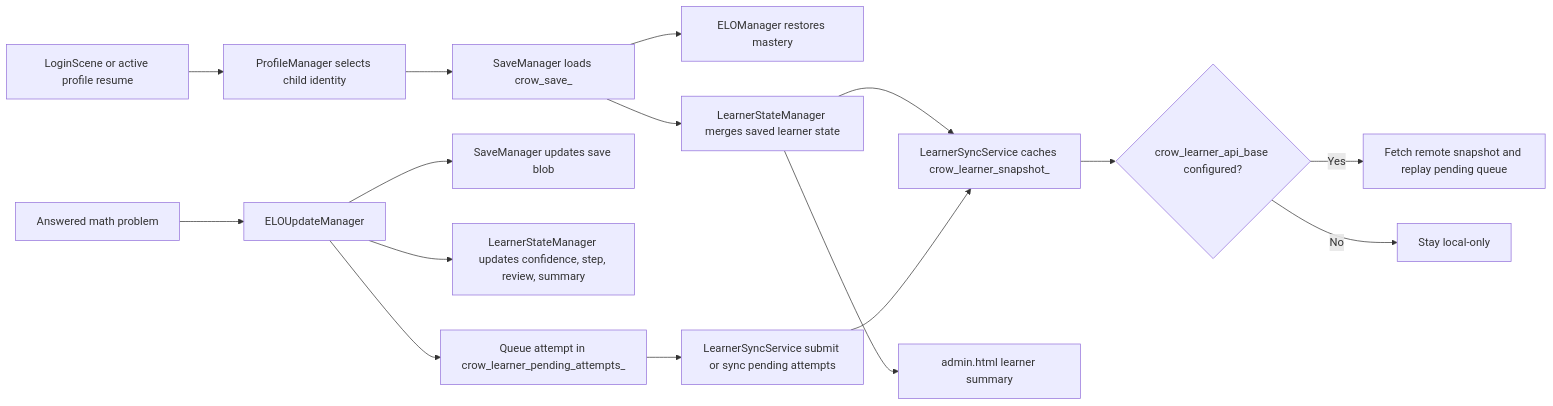
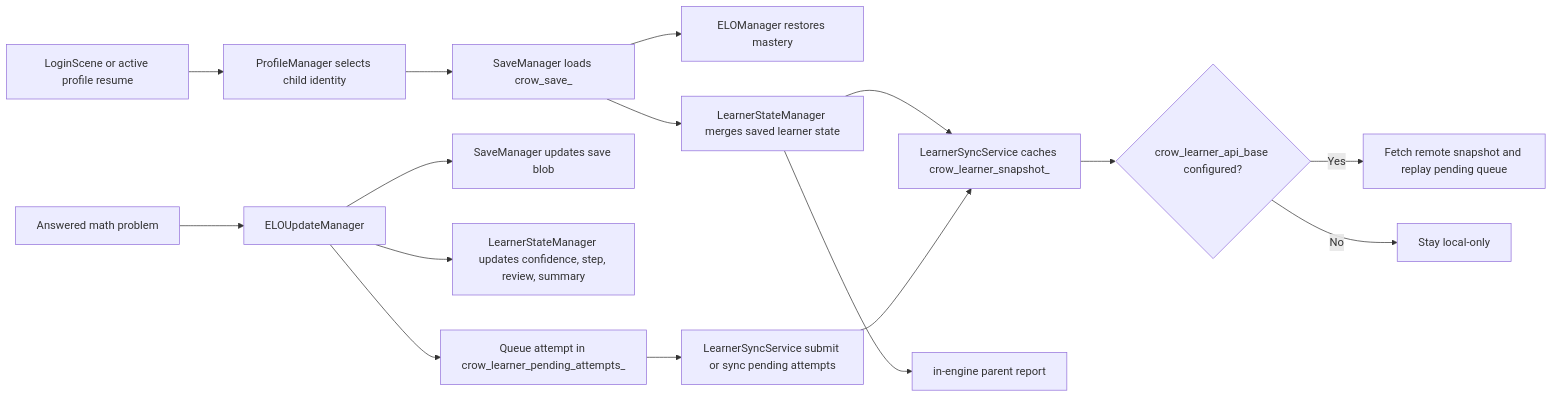
One commit to saemihemma/crowgame changed the diagram in docs/LEARNER_STATE_AND_SYNC_ARCHITECTURE.md. Above: the diagram before and after it, drawn with Mermaid. The commit also changed other lines of this file and 15 other files, not shown here.

````diff
--- a/docs/LEARNER_STATE_AND_SYNC_ARCHITECTURE.md
+++ b/docs/LEARNER_STATE_AND_SYNC_ARCHITECTURE.md
@@ -27,21 +29,21 @@
 ```mermaid
 flowchart LR
     Login["LoginScene or active profile resume"] --> Profile["ProfileManager selects child identity"]
     Profile --> Save["SaveManager loads crow_save_<username>"]
     Save --> ELO["ELOManager restores mastery"]
     Save --> Learner["LearnerStateManager merges saved learner state"]
     Learner --> Cache["LearnerSyncService caches crow_learner_snapshot_<childId>"]
 
     Cache --> Remote{"crow_learner_api_base configured?"}
     Remote -- Yes --> Fetch["Fetch remote snapshot and replay pending queue"]
     Remote -- No --> Local["Stay local-only"]
 
     Answer["Answered math problem"] --> Update["ELOUpdateManager"]
     Update --> SaveWrite["SaveManager updates save blob"]
     Update --> LearnerWrite["LearnerStateManager updates confidence, step, review, summary"]
     Update --> Queue["Queue attempt in crow_learner_pending_attempts_<childId>"]
     Queue --> Submit["LearnerSyncService submit or sync pending attempts"]
     Submit --> Cache
 
-    Learner --> Admin["admin.html learner summary"]
+    Learner --> Report["in-engine parent report"]
 ```
````
